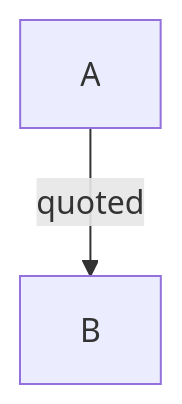
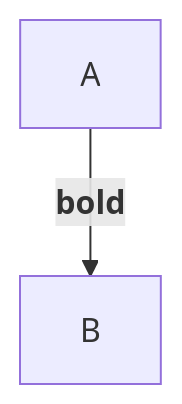
One commit to GeertBosch/mdcat changed diagram 12 of 13 in tests/mermaid-edge-labels.md. Above: the diagram before and after it, drawn with Mermaid. The commit also changed other lines of this file and 19 other files, not shown here.

Commit message:
Read quoted, entity, line-break and Markdown labels in Mermaid flowcharts

````diff
--- a/tests/mermaid-edge-labels.md
+++ b/tests/mermaid-edge-labels.md
@@ -149,4 +150,4 @@
 ```mermaid
 graph TD
-    a[A] -->|"quoted"| b[B]
+    a[A] -->|<b>bold</b>| b[B]
 ```
````
